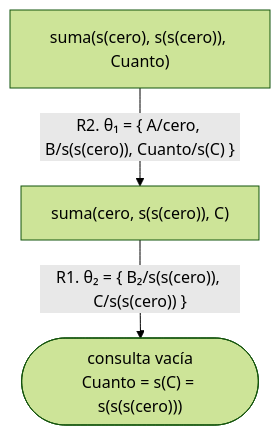
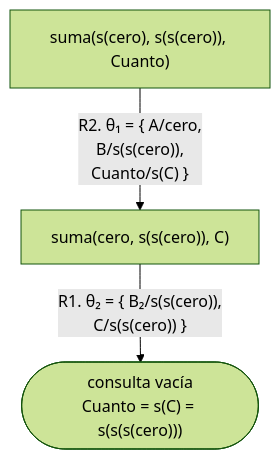
The seventh of 11 diagrams in docs/capitulo-06-recursion/index.md (CesarBallardini/curso-de-prolog), drawn with Mermaid (forest theme) before and after one commit. The commit also changed other lines of this file and 24 other files, not shown here.

First line of the commit message:
feat(docs): botones para ocultar las columnas laterales y etiquetas cortas en los diagramas

````diff
--- a/docs/capitulo-06-recursion/index.md
+++ b/docs/capitulo-06-recursion/index.md
@@ -443,5 +443,5 @@
 ```mermaid
 flowchart TD
-    A["suma(s(cero), s(s(cero)), Cuanto)"] -- "R2. θ₁ = {&nbsp;A/cero, B/s(s(cero)), Cuanto/s(C)&nbsp;}" --> B["suma(cero, s(s(cero)), C)"]
-    B -- "R1. θ₂ = {&nbsp;B₂/s(s(cero)), C/s(s(cero))&nbsp;}" --> S(["consulta vacía<br/>Cuanto = s(C) = s(s(s(cero)))"])
+    A["suma(s(cero), s(s(cero)), Cuanto)"] -- "R2. θ₁ = {&nbsp;A/cero,<br/>B/s(s(cero)),<br/>Cuanto/s(C)&nbsp;}" --> B["suma(cero, s(s(cero)), C)"]
+    B -- "R1. θ₂ = {&nbsp;B₂/s(s(cero)),<br/>C/s(s(cero))&nbsp;}" --> S(["consulta vacía<br/>Cuanto = s(C) = s(s(s(cero)))"])
 ```
````
